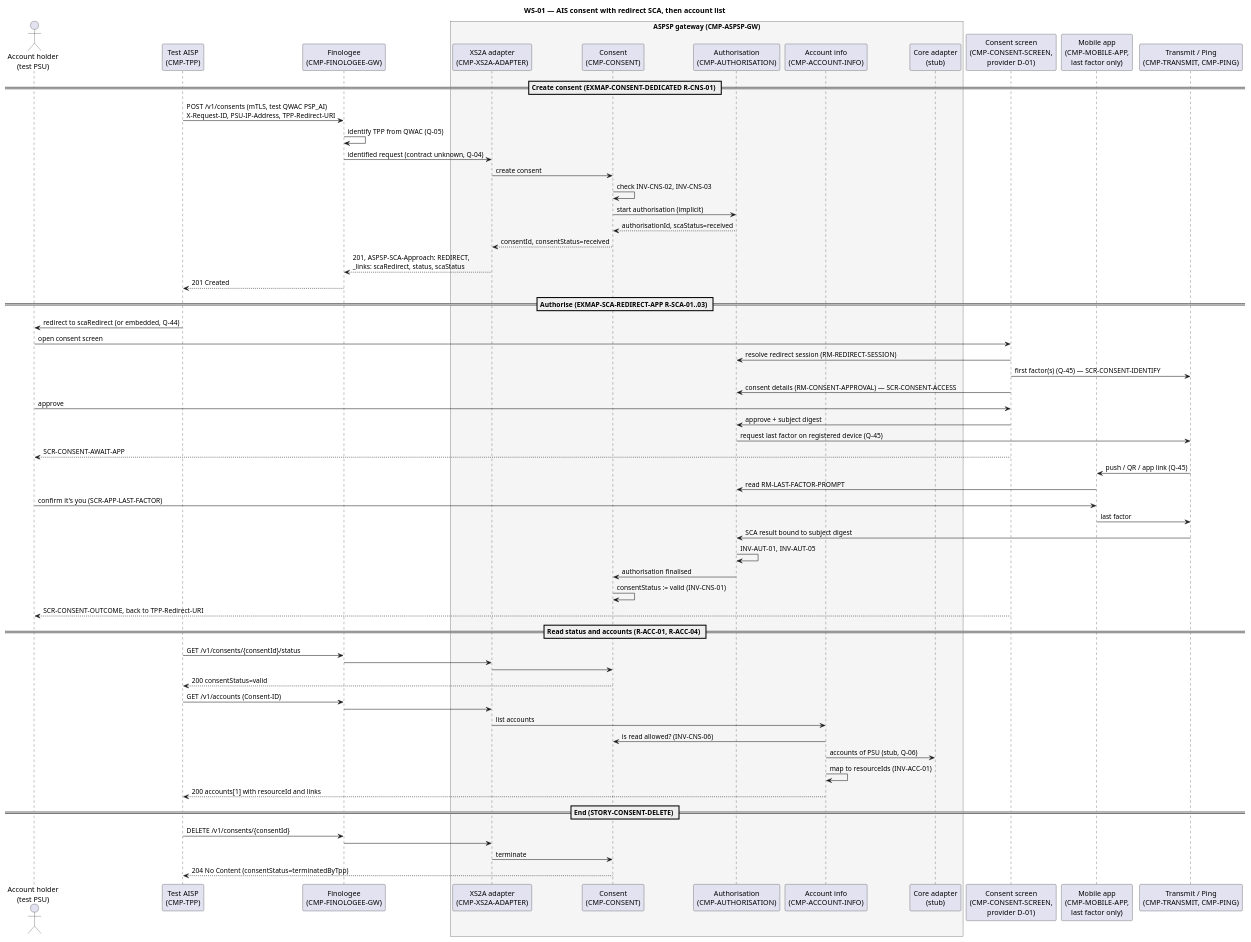
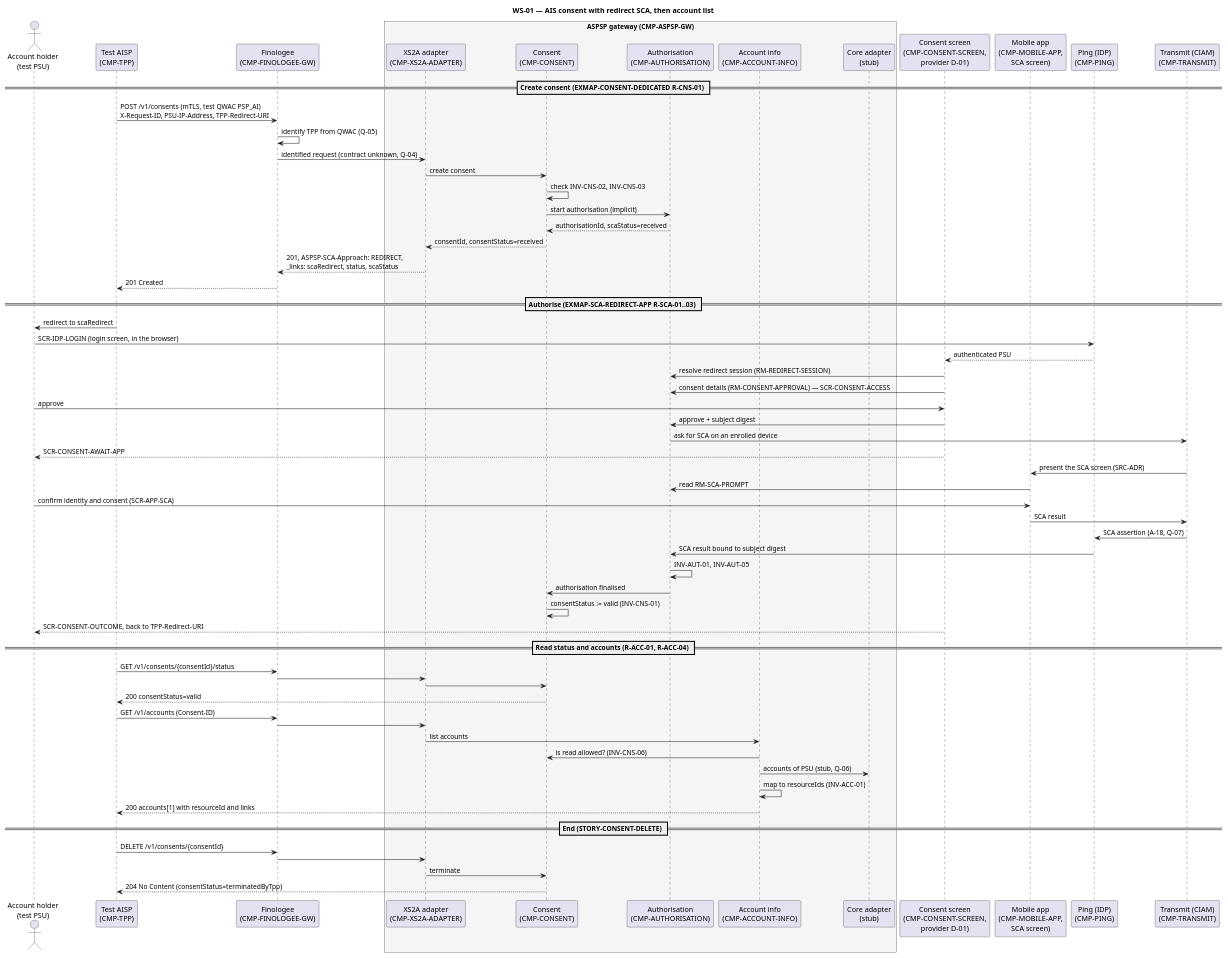
Before and after one commit to vondacho/psd2-sandbox: the diagram in docs/system/uml/sequence/ws-01-ais-consent-redirect.puml, drawn with PlantUML. The commit also changed 33 other files, not shown here.

```diff
--- a/docs/system/uml/sequence/ws-01-ais-consent-redirect.puml
+++ b/docs/system/uml/sequence/ws-01-ais-consent-redirect.puml
@@ -1,75 +1,78 @@
 @startuml ws-01-ais-consent-redirect
 ' WS-01 walking-skeleton path, AIS part. PROPOSAL generated by AI on 2026-09-19.
 ' Stories: STORY-TPP-IDENTIFY, STORY-CONSENT-DEDICATED, STORY-SCA-REDIRECT-APP,
 '          STORY-CONSENT-STATUS, STORY-READ-ACCOUNT-LIST, STORY-CONSENT-DELETE.
 ' Assumes D-03 = redirect with implicit start (SRC-IG §6.1.1.1) and D-01 = consent in the ASPSP
 ' gateway. Where D-02 (token) is open, the Finologee -> gateway hop is shown as "identified request".
-' Iteration 3 (SRC-ADR 87c72b8): approval on the consent screen (provider undecided, D-01; shown with
-' the in-house backend CMP-PSU-CHANNEL-API); the mobile app carries only the last SCA factor.
+' Iteration 4 (SRC-ADR 7ed3eb1): IDP login screen, consent screen (provider undecided, D-01; shown
+' with the in-house backend CMP-PSU-CHANNEL-API), then the SCA screen in the bank app on an enrolled
+' device, presented on demand by the CIAM.
 title WS-01 — AIS consent with redirect SCA, then account list
 
 actor "Account holder\n(test PSU)" as PSU
 participant "Test AISP\n(CMP-TPP)" as TPP
 participant "Finologee\n(CMP-FINOLOGEE-GW)" as FIN
 box "ASPSP gateway (CMP-ASPSP-GW)" #F5F5F5
   participant "XS2A adapter\n(CMP-XS2A-ADAPTER)" as ADP
   participant "Consent\n(CMP-CONSENT)" as CNS
   participant "Authorisation\n(CMP-AUTHORISATION)" as AUT
   participant "Account info\n(CMP-ACCOUNT-INFO)" as ACC
   participant "Core adapter\n(stub)" as CORE
 end box
 participant "Consent screen\n(CMP-CONSENT-SCREEN,\nprovider D-01)" as CS
-participant "Mobile app\n(CMP-MOBILE-APP,\nlast factor only)" as APP
-participant "Transmit / Ping\n(CMP-TRANSMIT, CMP-PING)" as IAM
+participant "Mobile app\n(CMP-MOBILE-APP,\nSCA screen)" as APP
+participant "Ping (IDP)\n(CMP-PING)" as PING
+participant "Transmit (CIAM)\n(CMP-TRANSMIT)" as CIAM
 
 == Create consent (EXMAP-CONSENT-DEDICATED R-CNS-01) ==
 TPP -> FIN : POST /v1/consents (mTLS, test QWAC PSP_AI)\nX-Request-ID, PSU-IP-Address, TPP-Redirect-URI
 FIN -> FIN : identify TPP from QWAC (Q-05)
 FIN -> ADP : identified request (contract unknown, Q-04)
 ADP -> CNS : create consent
 CNS -> CNS : check INV-CNS-02, INV-CNS-03
 CNS -> AUT : start authorisation (implicit)
 AUT --> CNS : authorisationId, scaStatus=received
 CNS --> ADP : consentId, consentStatus=received
 ADP --> FIN : 201, ASPSP-SCA-Approach: REDIRECT,\n_links: scaRedirect, status, scaStatus
 FIN --> TPP : 201 Created
 
 == Authorise (EXMAP-SCA-REDIRECT-APP R-SCA-01..03) ==
-TPP -> PSU : redirect to scaRedirect (or embedded, Q-44)
-PSU -> CS : open consent screen
+TPP -> PSU : redirect to scaRedirect
+PSU -> PING : SCR-IDP-LOGIN (login screen, in the browser)
+PING --> CS : authenticated PSU
 CS -> AUT : resolve redirect session (RM-REDIRECT-SESSION)
-CS -> IAM : first factor(s) (Q-45) — SCR-CONSENT-IDENTIFY
 CS -> AUT : consent details (RM-CONSENT-APPROVAL) — SCR-CONSENT-ACCESS
 PSU -> CS : approve
 CS -> AUT : approve + subject digest
-AUT -> IAM : request last factor on registered device (Q-45)
+AUT -> CIAM : ask for SCA on an enrolled device
 CS --> PSU : SCR-CONSENT-AWAIT-APP
-IAM -> APP : push / QR / app link (Q-45)
-APP -> AUT : read RM-LAST-FACTOR-PROMPT
-PSU -> APP : confirm it's you (SCR-APP-LAST-FACTOR)
-APP -> IAM : last factor
-IAM -> AUT : SCA result bound to subject digest
+CIAM -> APP : present the SCA screen (SRC-ADR)
+APP -> AUT : read RM-SCA-PROMPT
+PSU -> APP : confirm identity and consent (SCR-APP-SCA)
+APP -> CIAM : SCA result
+CIAM -> PING : SCA assertion (A-18, Q-07)
+PING -> AUT : SCA result bound to subject digest
 AUT -> AUT : INV-AUT-01, INV-AUT-05
 AUT -> CNS : authorisation finalised
 CNS -> CNS : consentStatus := valid (INV-CNS-01)
 CS --> PSU : SCR-CONSENT-OUTCOME, back to TPP-Redirect-URI
 
 == Read status and accounts (R-ACC-01, R-ACC-04) ==
 TPP -> FIN : GET /v1/consents/{consentId}/status
 FIN -> ADP
 ADP -> CNS
 CNS --> TPP : 200 consentStatus=valid
 TPP -> FIN : GET /v1/accounts (Consent-ID)
 FIN -> ADP
 ADP -> ACC : list accounts
 ACC -> CNS : is read allowed? (INV-CNS-06)
 ACC -> CORE : accounts of PSU (stub, Q-06)
 ACC -> ACC : map to resourceIds (INV-ACC-01)
 ACC --> TPP : 200 accounts[1] with resourceId and links
 
 == End (STORY-CONSENT-DELETE) ==
 TPP -> FIN : DELETE /v1/consents/{consentId}
 FIN -> ADP
 ADP -> CNS : terminate
 CNS --> TPP : 204 No Content (consentStatus=terminatedByTpp)
 @enduml
```
